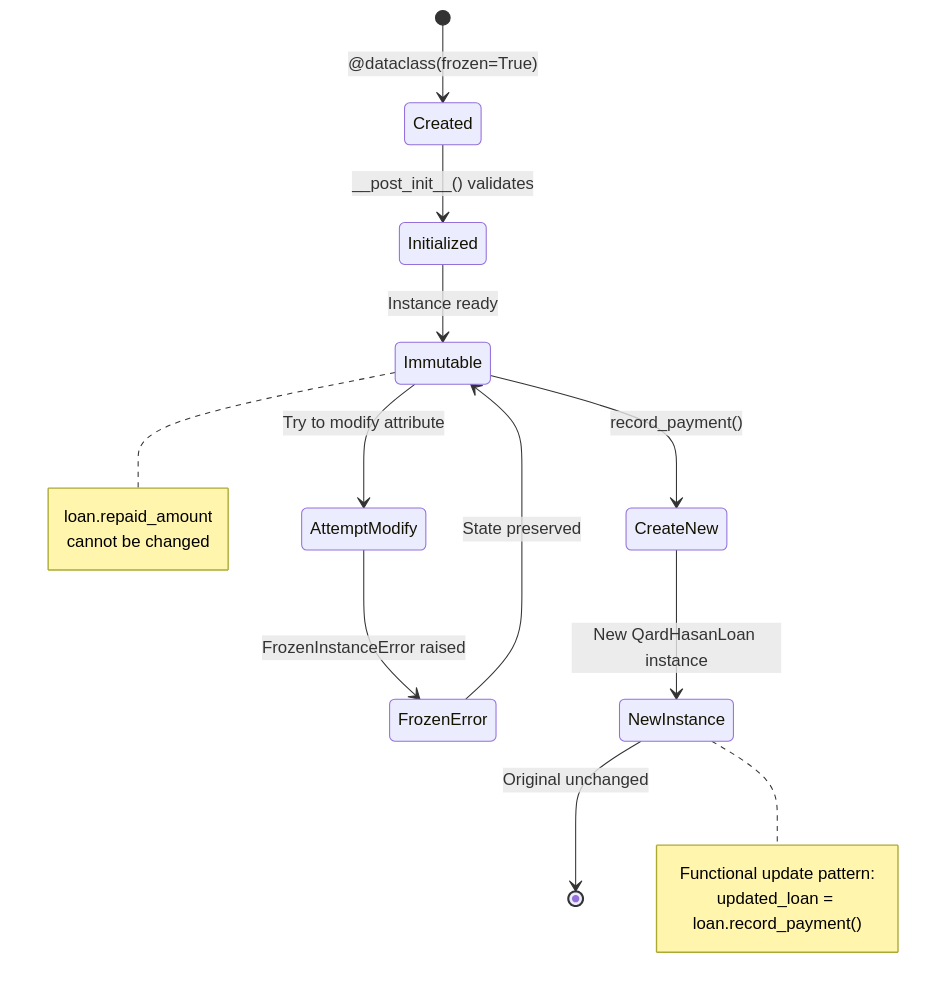
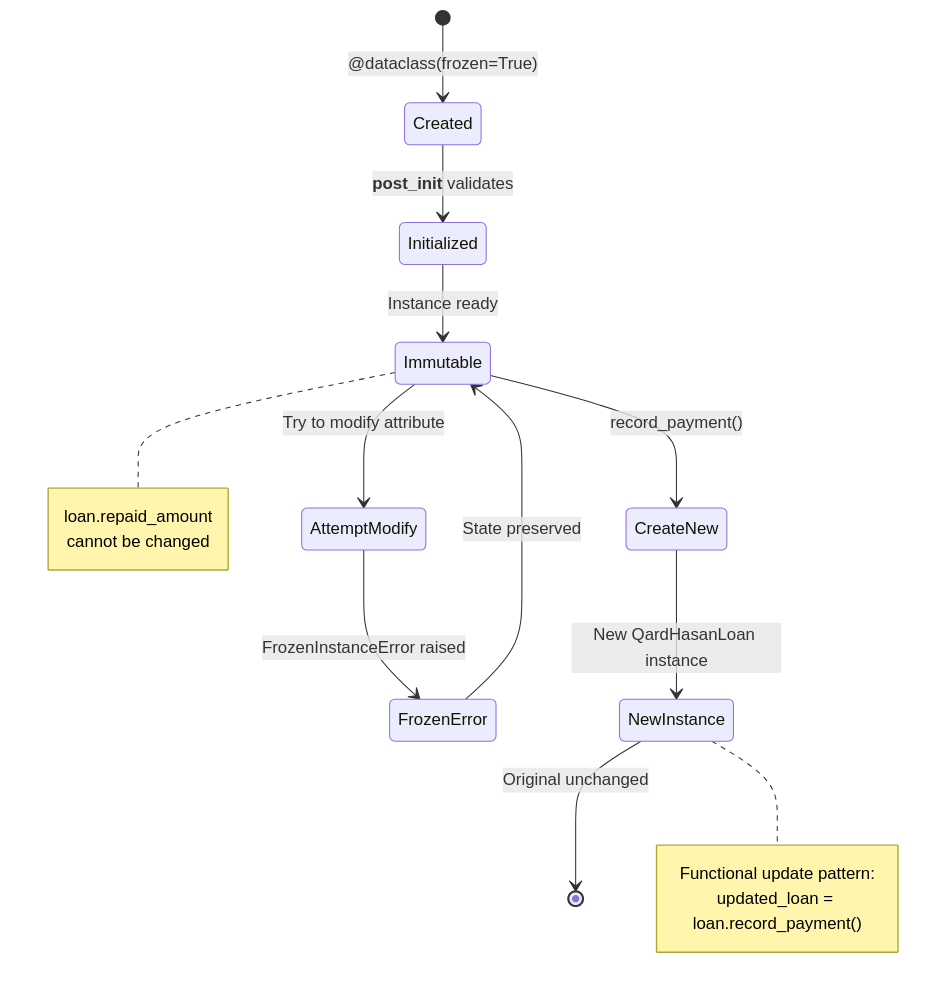
The second of 5 diagrams in docs/explanation/software-engineering/programming-languages/python/classes-and-protocols.md (wahidyankf/ose-primer), drawn with Mermaid before and after one commit. The commit also changed 4 other files, not shown here.

First line of the commit message:
fix(docs): remediate mermaid violations surfaced by the detect_kind fix

````diff
--- a/docs/explanation/software-engineering/programming-languages/python/classes-and-protocols.md
+++ b/docs/explanation/software-engineering/programming-languages/python/classes-and-protocols.md
@@ -233,25 +233,25 @@
 ```mermaid
 %% Color Palette: Blue #0173B2, Orange #DE8F05, Teal #029E73, Purple #CC78BC
 stateDiagram-v2
   [*] --> Created: @dataclass#40;frozen=True#41;
-  Created --> Initialized: __post_init__#40;#41; validates
+  Created --> Initialized: __post_init__ validates
   Initialized --> Immutable: Instance ready
 
   Immutable --> AttemptModify: Try to modify attribute
   AttemptModify --> FrozenError: FrozenInstanceError raised
   FrozenError --> Immutable: State preserved
 
   Immutable --> CreateNew: record_payment#40;#41;
   CreateNew --> NewInstance: New QardHasanLoan instance
   NewInstance --> [*]: Original unchanged
 
   note right of Immutable
     loan.repaid_amount
     cannot be changed
   end note
 
   note right of NewInstance
     Functional update pattern:
     updated_loan = loan.record_payment#40;#41;
   end note
 ```
````
